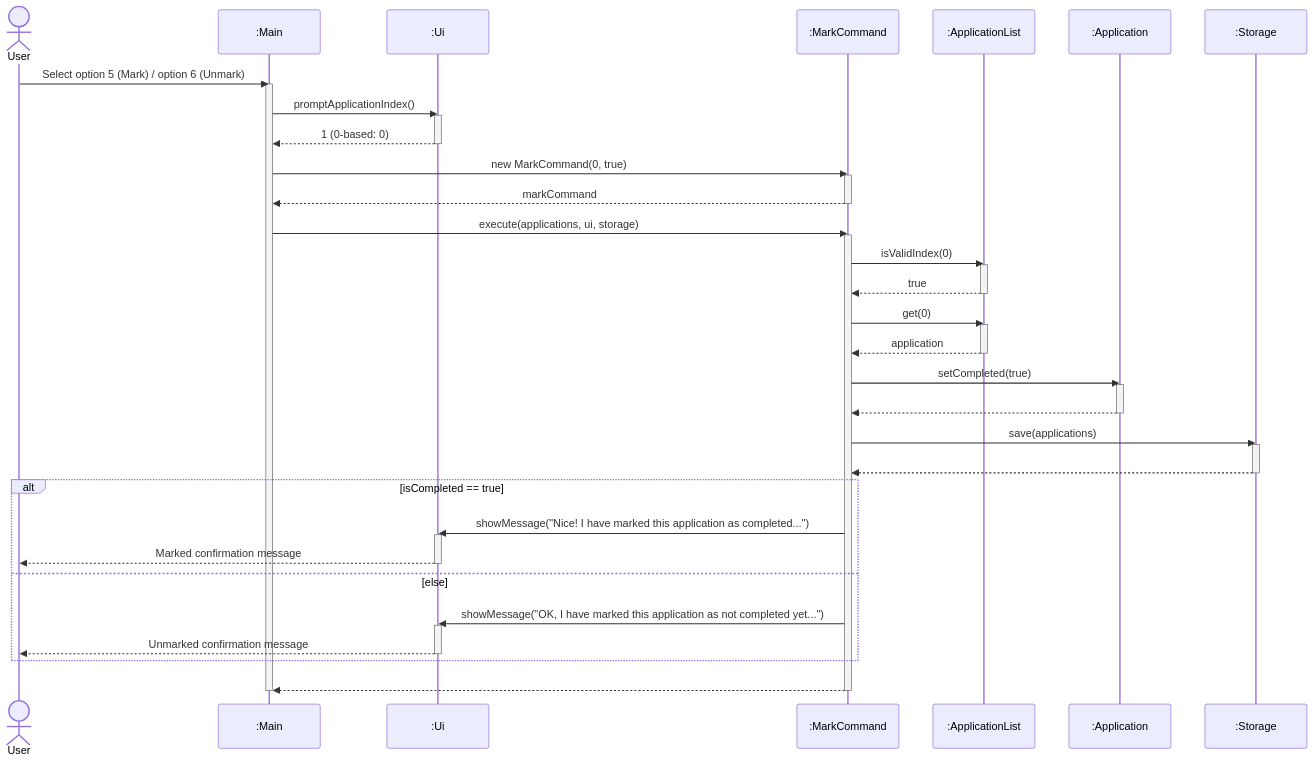
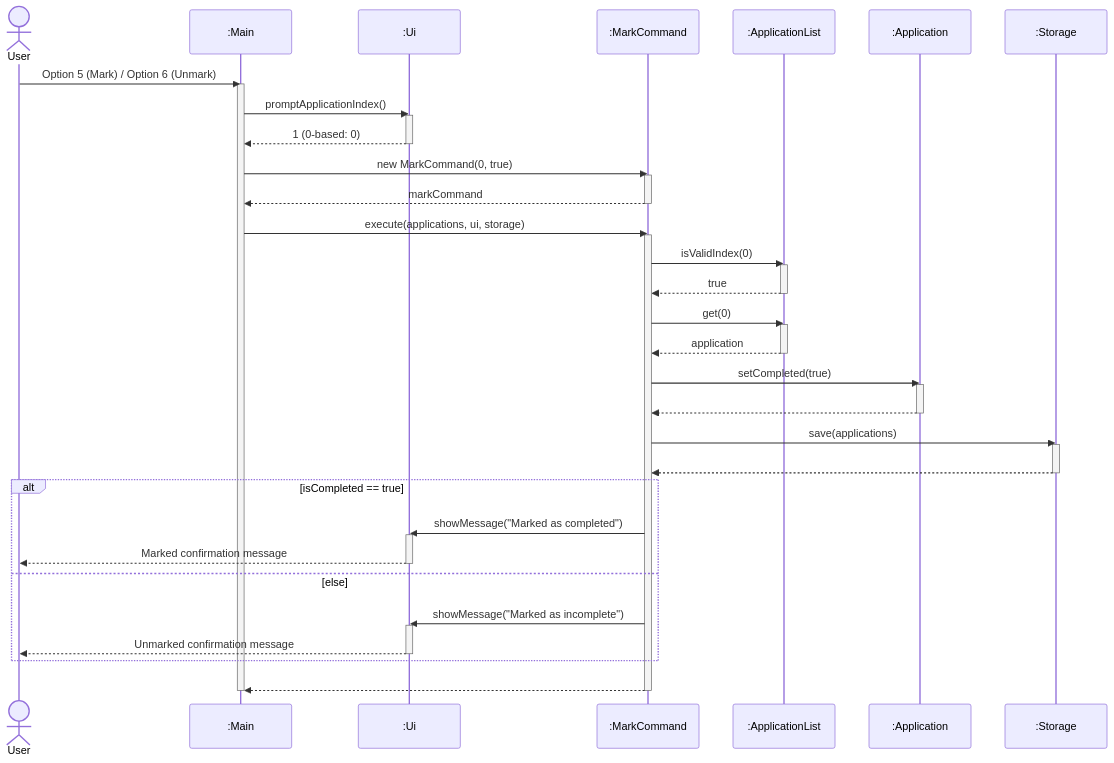
Before and after one commit to AY2627S1-CS2113-T10-2/tp: the tenth of 22 diagrams in docs/DeveloperGuide.md, drawn with Mermaid. The commit also changed other lines of this file, not shown here.

First line of the commit message:
docs: standardize architecture diagram design and add manual testing output examples

````diff
--- a/docs/DeveloperGuide.md
+++ b/docs/DeveloperGuide.md
@@ -592,59 +584,59 @@
 ```mermaid
 ---
 config:
   themeCSS: ".actor-line { stroke-dasharray: 4, 4 !important; } line.loopLine:not([style*='stroke-dasharray']) { stroke-dasharray: none !important; }"
 ---
 sequenceDiagram
     actor user as User
     participant main as :Main
     participant ui as :Ui
     participant cmd as :MarkCommand
     participant list as :ApplicationList
     participant app as :Application
     participant storage as :Storage
 
-    user->>main: Select option 5 (Mark) / option 6 (Unmark)
+    user->>main: Option 5 (Mark) / Option 6 (Unmark)
     activate main
     main->>ui: promptApplicationIndex()
     activate ui
     ui-->>main: 1 (0-based: 0)
     deactivate ui
     main->>cmd: new MarkCommand(0, true)
     activate cmd
     cmd-->>main: markCommand
     deactivate cmd
     main->>cmd: execute(applications, ui, storage)
     activate cmd
     cmd->>list: isValidIndex(0)
     activate list
     list-->>cmd: true
     deactivate list
     cmd->>list: get(0)
     activate list
     list-->>cmd: application
     deactivate list
     cmd->>app: setCompleted(true)
     activate app
     app-->>cmd: ​
     deactivate app
     cmd->>storage: save(applications)
     activate storage
     storage-->>cmd: ​
     deactivate storage
 
     alt isCompleted == true
-        cmd->>ui: showMessage("Nice! I have marked this application as completed...")
+        cmd->>ui: showMessage("Marked as completed")
         activate ui
         ui-->>user: Marked confirmation message
         deactivate ui
     else else
-        cmd->>ui: showMessage("OK, I have marked this application as not completed yet...")
+        cmd->>ui: showMessage("Marked as incomplete")
         activate ui
         ui-->>user: Unmarked confirmation message
         deactivate ui
     end
 
     cmd-->>main: ​
     deactivate cmd
     deactivate main
 ```
````
